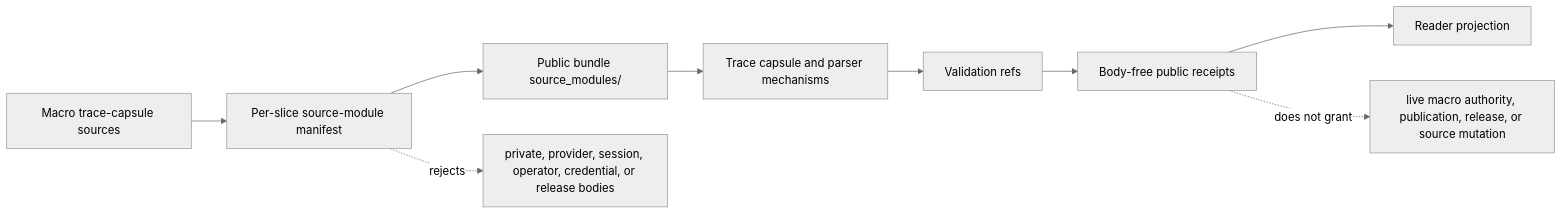
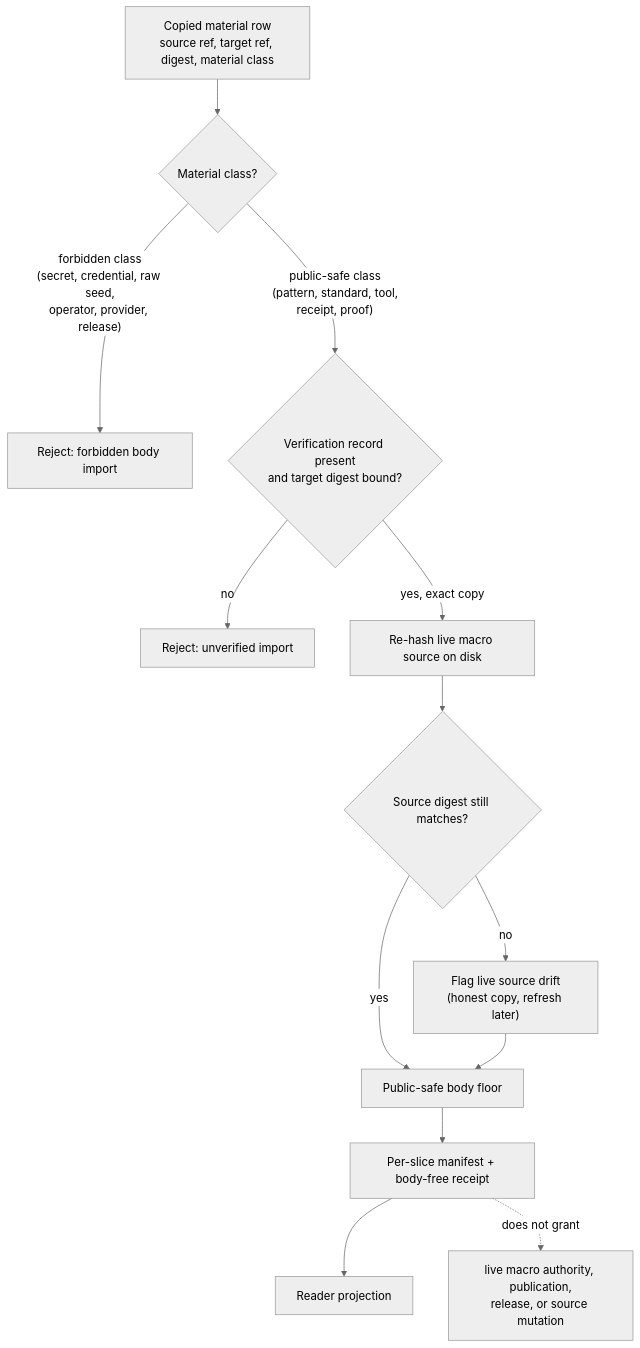
The diagram in paper_modules/macro_projection_import_protocol.md (wcook04/plectis), drawn with Mermaid (neutral theme) before and after one commit. The commit also changed other lines of this file and 14 other files, not shown here.

````diff
--- a/paper_modules/macro_projection_import_protocol.md
+++ b/paper_modules/macro_projection_import_protocol.md
@@ -216,11 +252,15 @@
 ```mermaid
-flowchart LR
-    A["Macro trace-capsule sources"] --> B["Per-slice source-module manifest"]
-    B --> C["Public bundle source_modules/"]
-    C --> D["Trace capsule and parser mechanisms"]
-    D --> E["Validation refs"]
-    E --> F["Body-free public receipts"]
-    F --> G["Reader projection"]
-    B -. rejects .-> H["private, provider, session, operator, credential, or release bodies"]
-    F -. does not grant .-> I["live macro authority, publication, release, or source mutation"]
+flowchart TD
+    A["Copied material row<br/>source ref, target ref, digest, material class"] --> B{"Material class?"}
+    B -- "forbidden class<br/>(secret, credential, raw seed,<br/>operator, provider, release)" --> R["Reject: forbidden body import"]
+    B -- "public-safe class<br/>(pattern, standard, tool,<br/>receipt, proof)" --> C{"Verification record present<br/>and target digest bound?"}
+    C -- "no" --> R2["Reject: unverified import"]
+    C -- "yes, exact copy" --> D["Re-hash live macro source on disk"]
+    D --> E{"Source digest still matches?"}
+    E -- "yes" --> F["Public-safe body floor"]
+    E -- "no" --> G["Flag live source drift<br/>(honest copy, refresh later)"]
+    G --> F
+    F --> H["Per-slice manifest + body-free receipt"]
+    H --> I["Reader projection"]
+    H -. does not grant .-> J["live macro authority, publication,<br/>release, or source mutation"]
 ```
````
